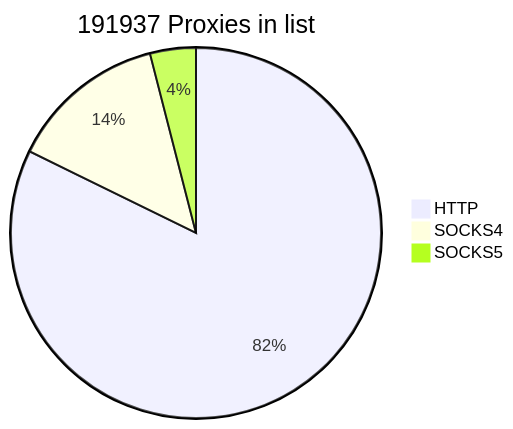
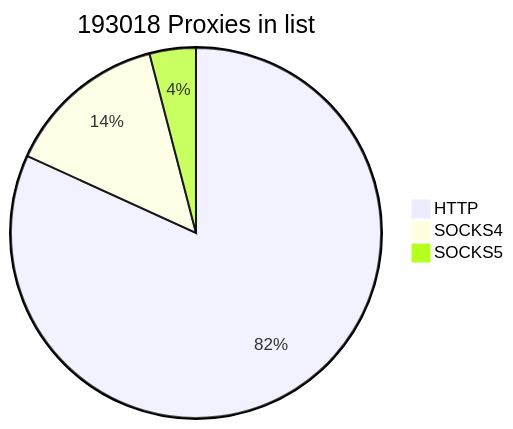
One commit to cutipu/proxylist changed the first of 2 diagrams in README.md. Above: the diagram before and after it, drawn with Mermaid. The commit also changed other lines of this file, not shown here.

````diff
--- a/README.md
+++ b/README.md
@@ -2,7 +2,7 @@
 ```mermaid
-pie title 191937 Proxies in list
-    "HTTP" : 157889
-    "SOCKS4" : 26373
-    "SOCKS5" : 7675
+pie title 193018 Proxies in list
+    "HTTP" : 157914
+    "SOCKS4" : 27305
+    "SOCKS5" : 7799
             
 ```
````
